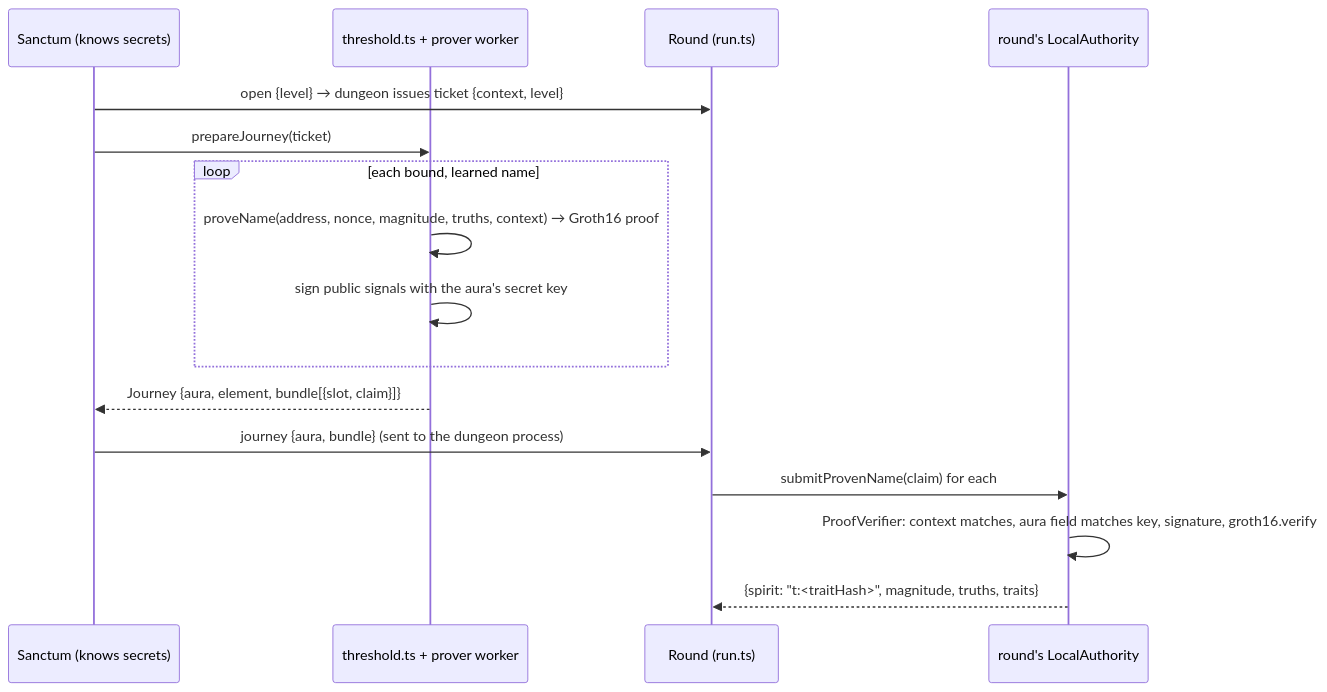
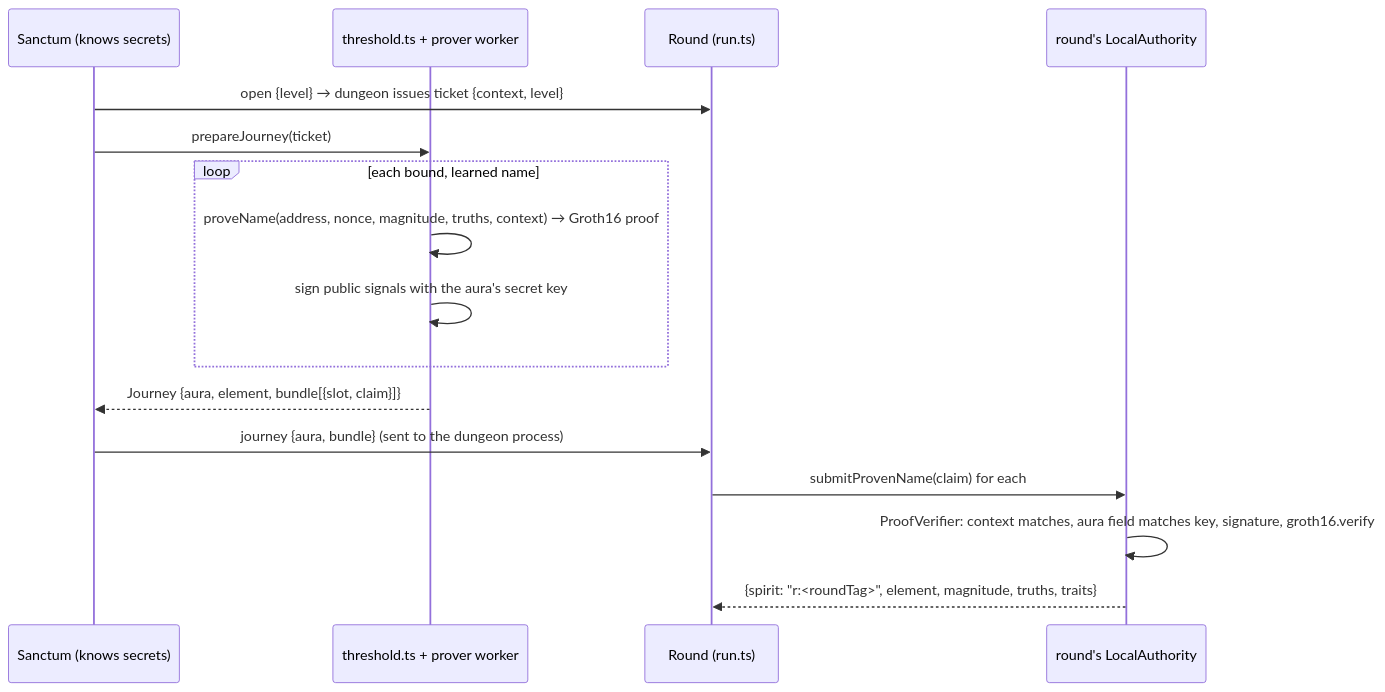
Before and after one commit to rranshous/context-games: the third of 4 diagrams in games/truenames/docs/10-architecture.md, drawn with Mermaid. The commit also changed other lines of this file and 14 other files, not shown here.

First line of the commit message:
truenames: prove the details, never the source — circuit reveals element + gameplay traits + per-round tag, not the trait hash; duplicate patrons refused; client draws own true names locally

````diff
--- a/games/truenames/docs/10-architecture.md
+++ b/games/truenames/docs/10-architecture.md
@@ -155,18 +155,18 @@
 ```mermaid
 sequenceDiagram
   participant S as Sanctum (knows secrets)
   participant T as threshold.ts + prover worker
   participant R as Round (run.ts)
   participant A as round's LocalAuthority
   S->>R: open {level} → dungeon issues ticket {context, level}
   S->>T: prepareJourney(ticket)
   loop each bound, learned name
     T->>T: proveName(address, nonce, magnitude, truths, context) → Groth16 proof
     T->>T: sign public signals with the aura's secret key
   end
   T-->>S: Journey {aura, element, bundle[{slot, claim}]}
   S->>R: journey {aura, bundle} (sent to the dungeon process)
   R->>A: submitProvenName(claim) for each
   A->>A: ProofVerifier: context matches, aura field matches key, signature, groth16.verify
-  A-->>R: {spirit: "t:<traitHash>", magnitude, truths, traits}
+  A-->>R: {spirit: "r:<roundTag>", element, magnitude, truths, traits}
 ```
````
